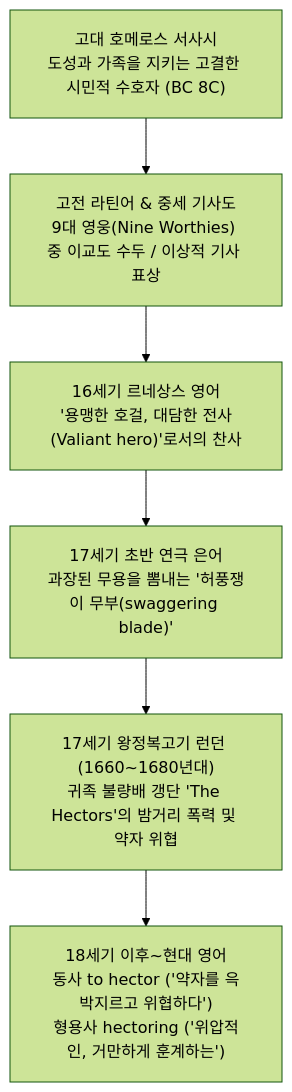
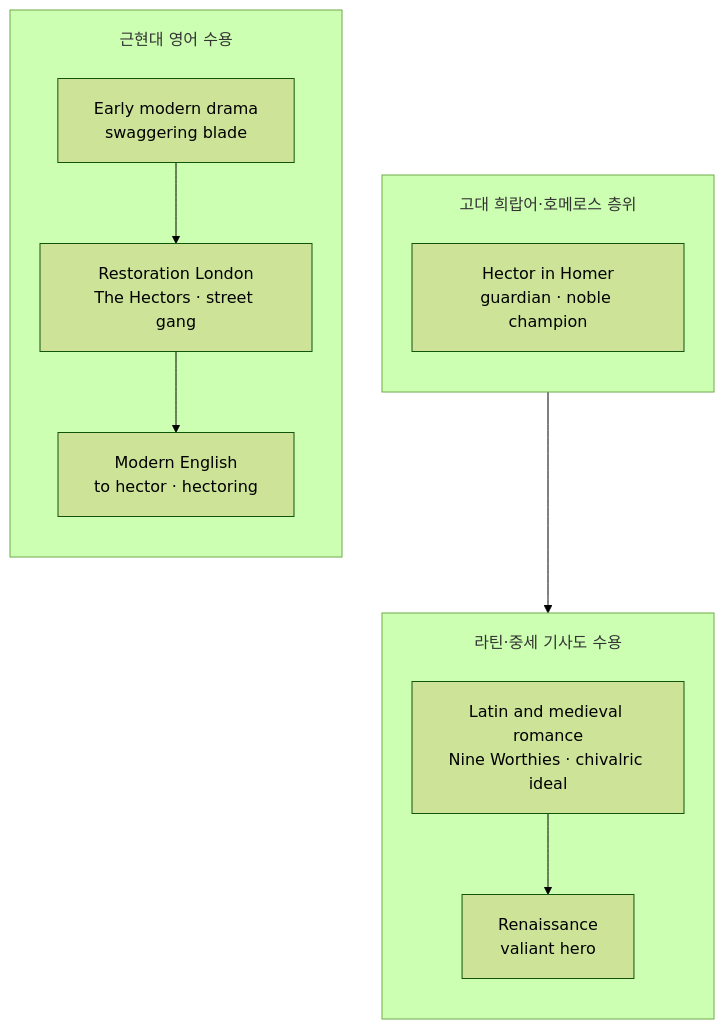
Before and after one commit to YgHnSIM/Homer_wiki: the second of 2 diagrams in words/word-hector.md, drawn with Mermaid (forest theme). The commit also changed other lines of this file, not shown here.

Commit message:
refactor(word-hector): Type C etymology Mermaid

````diff
--- a/words/word-hector.md
+++ b/words/word-hector.md
@@ -169,9 +194,22 @@
 ```mermaid
 %%{init: {'flowchart': {'useMaxWidth': true, 'nodeSpacing': 40, 'rankSpacing': 56, 'padding': 18, 'subGraphTitleMargin': {'top': 18, 'bottom': 10}}}}%%
 flowchart TD
-    A["고대 호메로스 서사시<br/>도성과 가족을 지키는 고결한 시민적 수호자 (BC 8C)"] --> B["고전 라틴어 & 중세 기사도<br/>9대 영웅(Nine Worthies) 중 이교도 수두 / 이상적 기사 표상"]
-    B --> C["16세기 르네상스 영어<br/>'용맹한 호걸, 대담한 전사(Valiant hero)'로서의 찬사"]
-    C --> D["17세기 초반 연극 은어<br/>과장된 무용을 뽐내는 '허풍쟁이 무부(swaggering blade)'"]
-    D --> E["17세기 왕정복고기 런던 (1660~1680년대)<br/>귀족 불량배 갱단 'The Hectors'의 밤거리 폭력 및 약자 위협"]
-    E --> F["18세기 이후~현대 영어<br/>동사 to hector ('약자를 윽박지르고 위협하다')<br/>형용사 hectoring ('위압적인, 거만하게 훈계하는')"]
+    subgraph Greek_Stage ["고대 희랍어·호메로스 층위"]
+        direction TB
+        A["Hector in Homer<br/>guardian · noble champion"]:::focus
+    end
+    subgraph Latin_Stage ["라틴·중세 기사도 수용"]
+        direction TB
+        B["Latin and medieval romance<br/>Nine Worthies · chivalric ideal"]:::latin
+        C["Renaissance<br/>valiant hero"]:::latin
+        B --> C
+    end
+    subgraph Modern_Stage ["근현대 영어 수용"]
+        direction TB
+        D["Early modern drama<br/>swaggering blade"]:::english
+        E["Restoration London<br/>The Hectors · street gang"]:::english
+        F["Modern English<br/>to hector · hectoring"]:::english
+        D --> E --> F
+    end
+    A --> B
 ```
````
